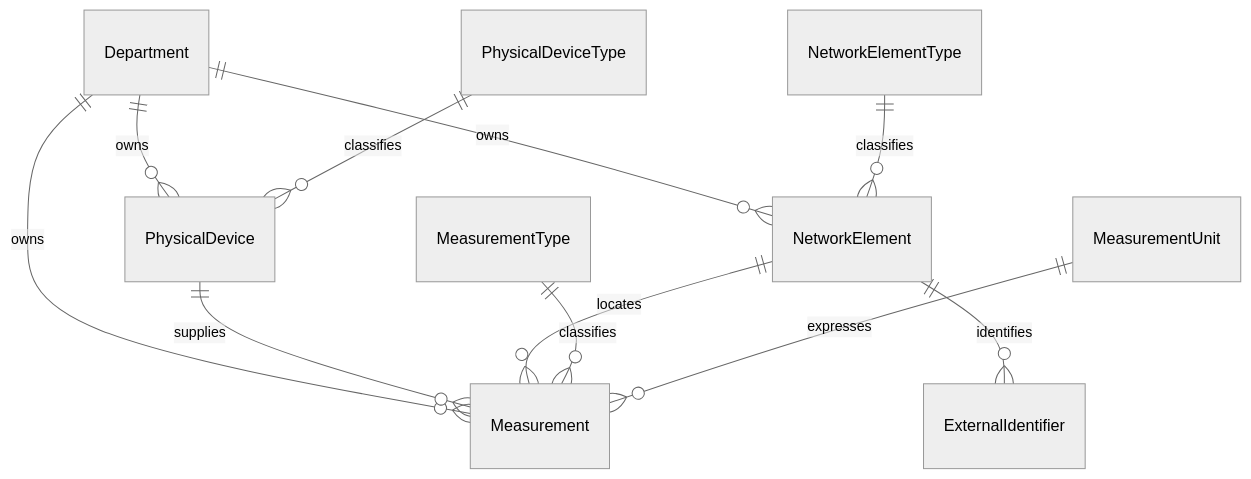
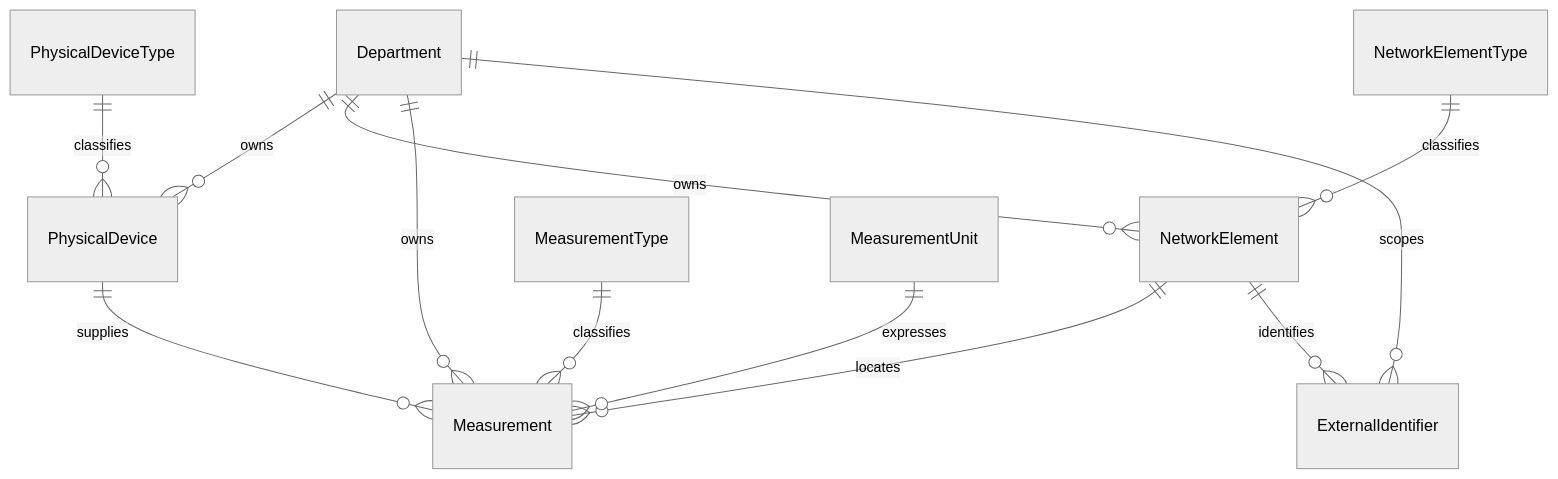
One commit to chrystaleni/sensor-metadata-platform changed the diagram in docs/development/argyris-database.md. Above: the diagram before and after it, drawn with Mermaid (neutral theme). The commit also changed other lines of this file and 5 other files, not shown here.

````diff
--- a/docs/development/argyris-database.md
+++ b/docs/development/argyris-database.md
@@ -9,13 +9,14 @@
 ```mermaid
 erDiagram
     Department ||--o{ PhysicalDevice : owns
     Department ||--o{ NetworkElement : owns
     Department ||--o{ Measurement : owns
+    Department ||--o{ ExternalIdentifier : scopes
     PhysicalDeviceType ||--o{ PhysicalDevice : classifies
     NetworkElementType ||--o{ NetworkElement : classifies
     PhysicalDevice ||--o{ Measurement : supplies
     NetworkElement ||--o{ Measurement : locates
     MeasurementType ||--o{ Measurement : classifies
     MeasurementUnit ||--o{ Measurement : expresses
     NetworkElement ||--o{ ExternalIdentifier : identifies
 ```
````
